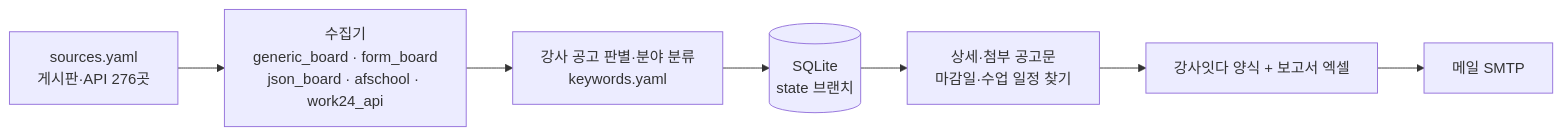
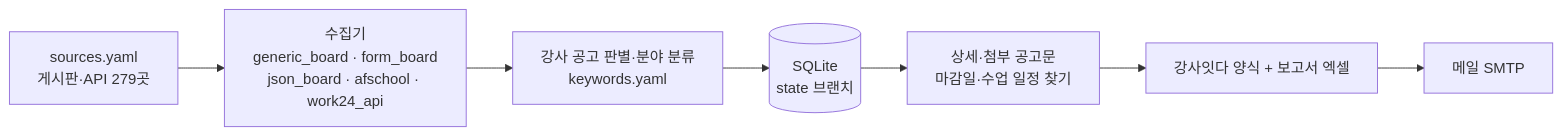
The diagram in docs/DESIGN.md (thskal17-sudo/busan-school-company), drawn with Mermaid before and after one commit. The commit also changed other lines of this file and 4 other files, not shown here.

````diff
--- a/docs/DESIGN.md
+++ b/docs/DESIGN.md
@@ -29,9 +29,9 @@
 ```mermaid
 flowchart LR
-    S[sources.yaml<br/>게시판·API 276곳] --> C[수집기<br/>generic_board · form_board<br/>json_board · afschool · work24_api]
+    S[sources.yaml<br/>게시판·API 279곳] --> C[수집기<br/>generic_board · form_board<br/>json_board · afschool · work24_api]
     C --> F[강사 공고 판별·분야 분류<br/>keywords.yaml]
     F --> D[(SQLite<br/>state 브랜치)]
     D --> I[상세·첨부 공고문<br/>마감일·수업 일정 찾기]
     I --> X[강사잇다 양식 + 보고서 엑셀]
     X --> M[메일 SMTP]
 ```
````
